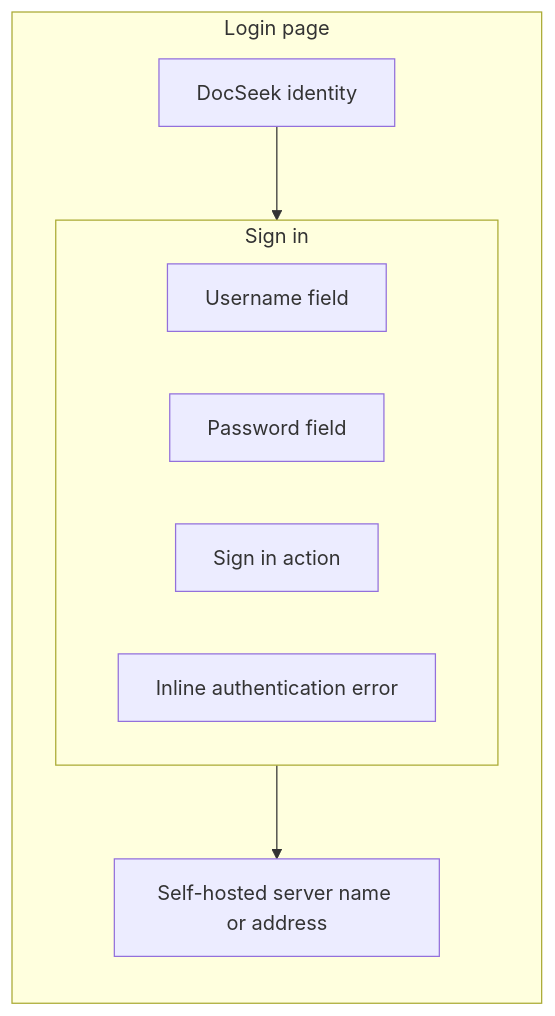
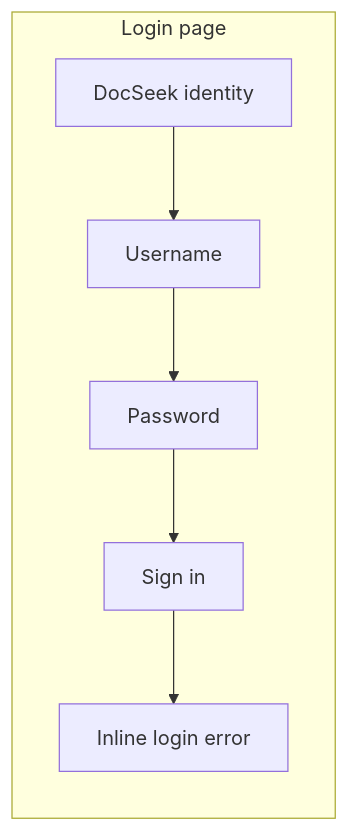
Before and after one commit to ATreep/DocSeek: the third of 19 diagrams in docs/superpowers/specs/2026-08-15-docseek-detailed-prd.md, drawn with Mermaid. The commit also changed other lines of this file and 1 other file, not shown here.

Commit message:
docs: revise DocSeek for Neo4j GraphRAG architecture

````diff
--- a/docs/superpowers/specs/2026-08-15-docseek-detailed-prd.md
+++ b/docs/superpowers/specs/2026-08-15-docseek-detailed-prd.md
@@ -148,16 +173,13 @@
 ```mermaid
 flowchart TB
-  subgraph LOGIN_PAGE["Login page"]
+  subgraph LOGIN["Login page"]
     direction TB
     BRAND["DocSeek identity"]
-    subgraph LOGIN_CARD["Sign in"]
-      USERNAME["Username field"]
-      PASSWORD["Password field"]
-      SIGN_IN["Sign in action"]
-      LOGIN_ERROR["Inline authentication error"]
-    end
-    SERVER_HINT["Self-hosted server name or address"]
+    USER["Username"]
+    PASS["Password"]
+    SIGNIN["Sign in"]
+    ERROR["Inline login error"]
   end
-  BRAND --> LOGIN_CARD
-  LOGIN_CARD --> SERVER_HINT
+  BRAND --> USER --> PASS --> SIGNIN
+  SIGNIN --> ERROR
 ```
````
